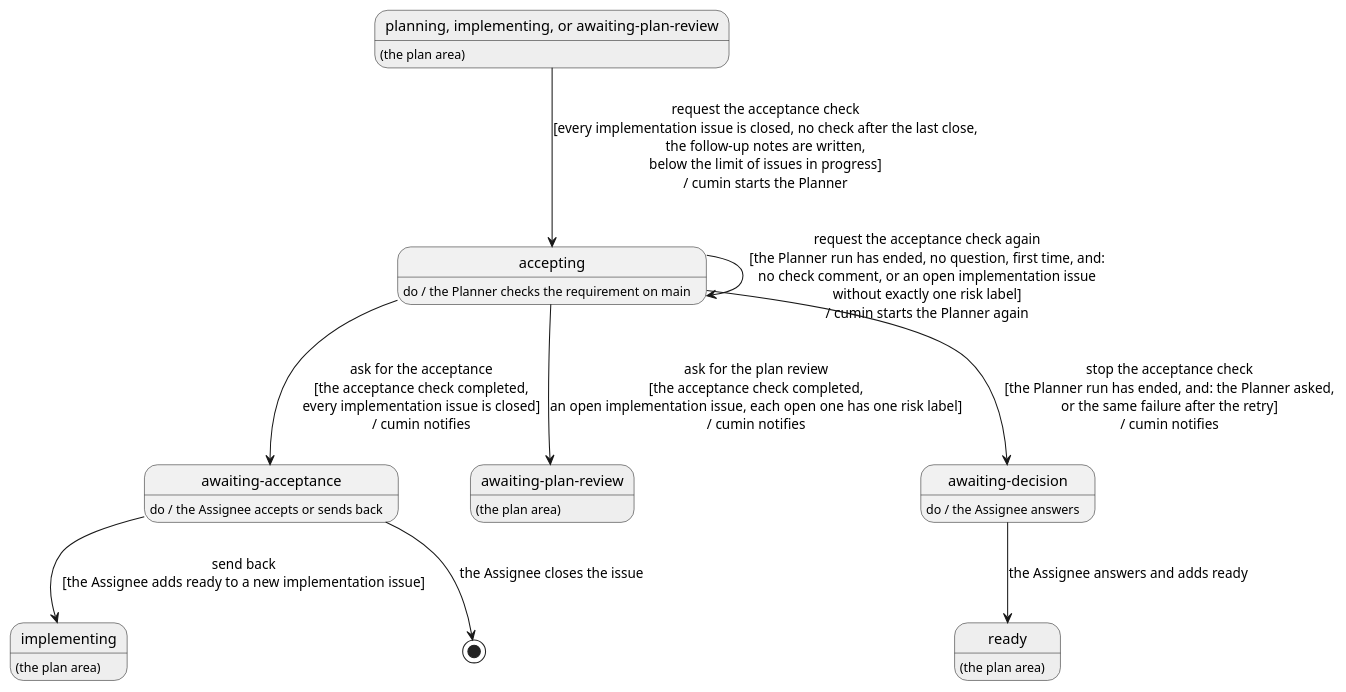
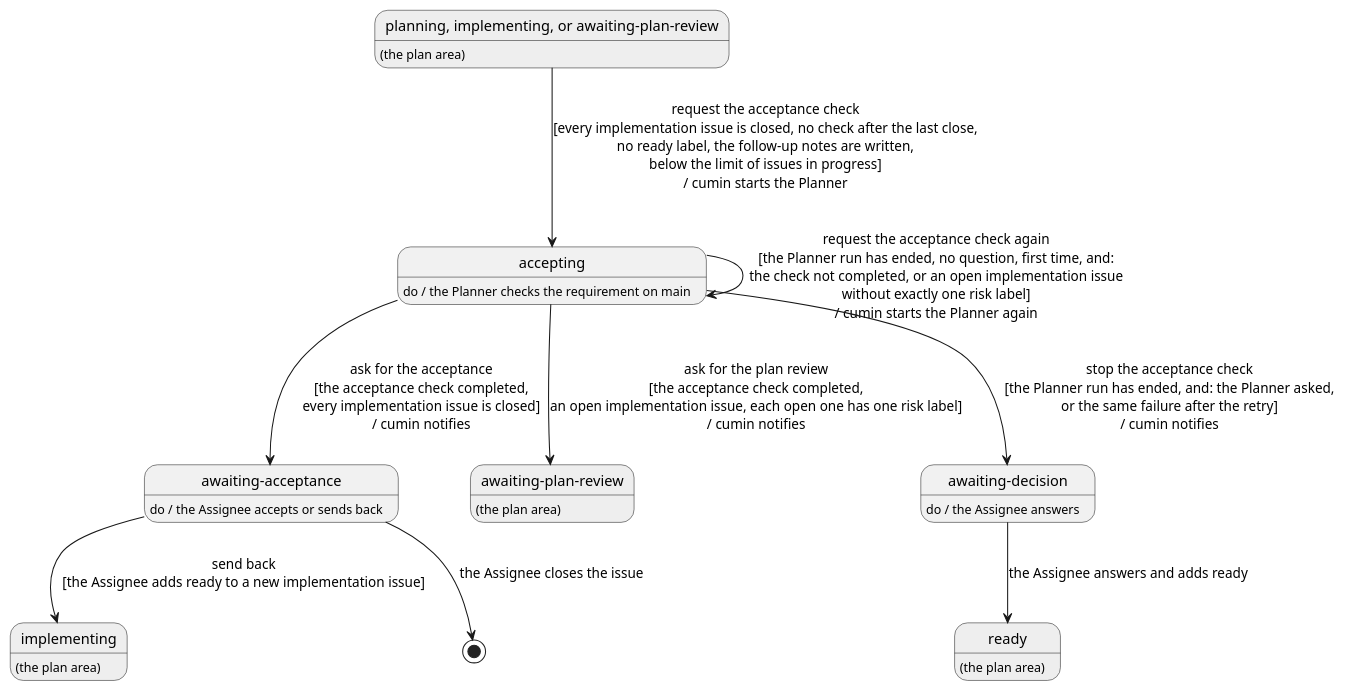
Before and after one commit to cloveclovedev/cumin-works: the diagram in docs/ja/requirements/accept/overview.puml, drawn with PlantUML. The commit also changed 2 other files, not shown here.

Commit message:
docs(requirements): settle the start and the retry of the acceptance check
ACCEPT-001 waits while cumin/status/ready is on the requirement issue, so
that a new plan goes first (PLAN-001). ACCEPT-005 reads only the questions
after the issue entered accepting, and refers to the completion of
ACCEPT-002. The sorting names its groups in plain words, and each item is a
remaining item. ACCEPT-007 tests only that cumin leaves a closed issue
alone, and inspects the template for the rest.

Claude-Session: https://claude.ai/code/session_016tkMojagRLLJdZue2gpRyn

```diff
--- a/docs/ja/requirements/accept/overview.puml
+++ b/docs/ja/requirements/accept/overview.puml
@@ -1,39 +1,39 @@
 @startuml overview
 ' cumin-works - the states of a requirement issue in the acceptance stage.
 ' A state is a label on GitHub, written without "cumin/status/". "do /" says who works in the state.
 ' A transition is written: action [guard] / what cumin does. A gray state belongs to another area.
 ' Render: run scripts/render-diagrams.sh at the root of the repository.
 
 hide empty description
 
 state "planning, implementing, or awaiting-plan-review" as Before #EEEEEE
 Before : (the plan area)
 
 state "accepting" as Accepting
 Accepting : do / the Planner checks the requirement on main
 
 state "awaiting-acceptance" as AwaitingAcceptance
 AwaitingAcceptance : do / the Assignee accepts or sends back
 
 state "awaiting-plan-review" as PlanReview #EEEEEE
 PlanReview : (the plan area)
 
 state "implementing" as Implementing #EEEEEE
 Implementing : (the plan area)
 
 state "awaiting-decision" as Decision
 Decision : do / the Assignee answers
 
 state "ready" as Ready #EEEEEE
 Ready : (the plan area)
 
-Before --> Accepting : request the acceptance check\n[every implementation issue is closed, no check after the last close,\nthe follow-up notes are written,\nbelow the limit of issues in progress]\n/ cumin starts the Planner
+Before --> Accepting : request the acceptance check\n[every implementation issue is closed, no check after the last close,\nno ready label, the follow-up notes are written,\nbelow the limit of issues in progress]\n/ cumin starts the Planner
 Accepting --> AwaitingAcceptance : ask for the acceptance\n[the acceptance check completed,\nevery implementation issue is closed]\n/ cumin notifies
 Accepting --> PlanReview : ask for the plan review\n[the acceptance check completed,\nan open implementation issue, each open one has one risk label]\n/ cumin notifies
-Accepting --> Accepting : request the acceptance check again\n[the Planner run has ended, no question, first time, and:\nno check comment, or an open implementation issue\nwithout exactly one risk label]\n/ cumin starts the Planner again
+Accepting --> Accepting : request the acceptance check again\n[the Planner run has ended, no question, first time, and:\nthe check not completed, or an open implementation issue\nwithout exactly one risk label]\n/ cumin starts the Planner again
 Accepting --> Decision : stop the acceptance check\n[the Planner run has ended, and: the Planner asked,\nor the same failure after the retry]\n/ cumin notifies
 AwaitingAcceptance --> [*] : the Assignee closes the issue
 AwaitingAcceptance --> Implementing : send back\n[the Assignee adds ready to a new implementation issue]
 Decision --> Ready : the Assignee answers and adds ready
 
 @enduml
```
